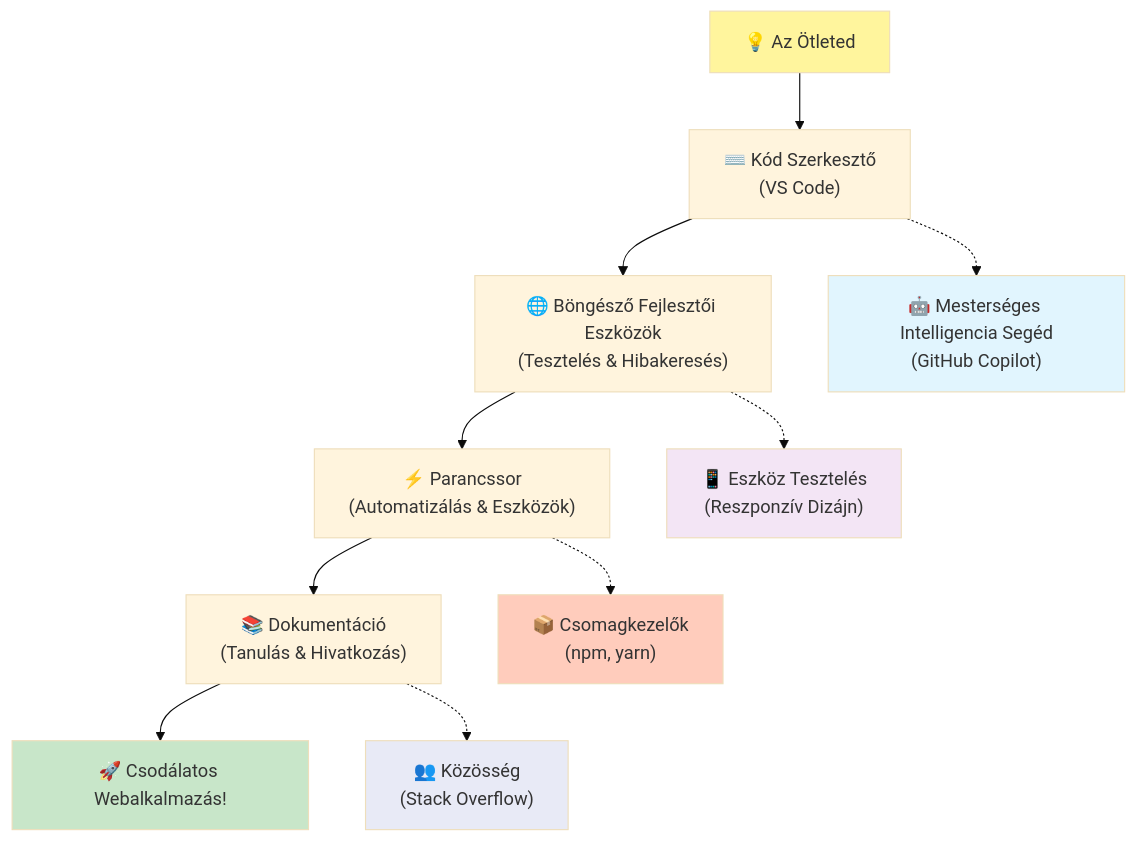
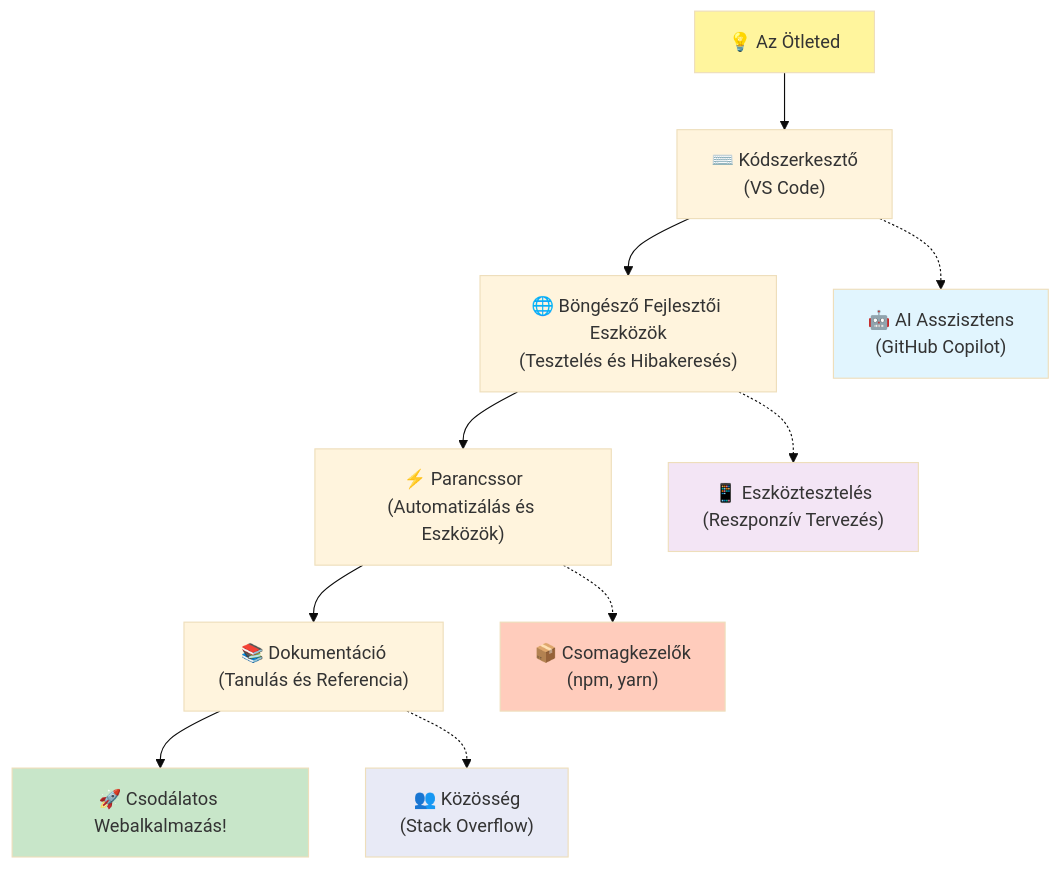
The fifth of 7 diagrams in translations/hu/1-getting-started-lessons/1-intro-to-programming-languages/README.md (microsoft/Web-Dev-For-Beginners), drawn with Mermaid (base theme) before and after one commit. The commit also changed other lines of this file and 11 other files, not shown here.

````diff
--- a/translations/hu/1-getting-started-lessons/1-intro-to-programming-languages/README.md
+++ b/translations/hu/1-getting-started-lessons/1-intro-to-programming-languages/README.md
@@ -487,20 +488,20 @@
 ```mermaid
 graph TD
-    A["💡 Az Ötleted"] --> B["⌨️ Kód Szerkesztő<br/>(VS Code)"] 
-    B --> C["🌐 Böngésző Fejlesztői Eszközök<br/>(Tesztelés & Hibakeresés)"]
-    C --> D["⚡ Parancssor<br/>(Automatizálás & Eszközök)"]
-    D --> E["📚 Dokumentáció<br/>(Tanulás & Hivatkozás)"]
+    A["💡 Az Ötleted"] --> B["⌨️ Kódszerkesztő<br/>(VS Code)"] 
+    B --> C["🌐 Böngésző Fejlesztői Eszközök<br/>(Tesztelés és Hibakeresés)"]
+    C --> D["⚡ Parancssor<br/>(Automatizálás és Eszközök)"]
+    D --> E["📚 Dokumentáció<br/>(Tanulás és Referencia)"]
     E --> F["🚀 Csodálatos Webalkalmazás!"]
     
-    B -.-> G["🤖 Mesterséges Intelligencia Segéd<br/>(GitHub Copilot)"]
-    C -.-> H["📱 Eszköz Tesztelés<br/>(Reszponzív Dizájn)"]
+    B -.-> G["🤖 AI Asszisztens<br/>(GitHub Copilot)"]
+    C -.-> H["📱 Eszköztesztelés<br/>(Reszponzív Tervezés)"]
     D -.-> I["📦 Csomagkezelők<br/>(npm, yarn)"]
     E -.-> J["👥 Közösség<br/>(Stack Overflow)"]
     
     style A fill:#fff59d
     style F fill:#c8e6c9
     style G fill:#e1f5fe
     style H fill:#f3e5f5
     style I fill:#ffccbc
     style J fill:#e8eaf6
 ```
````
